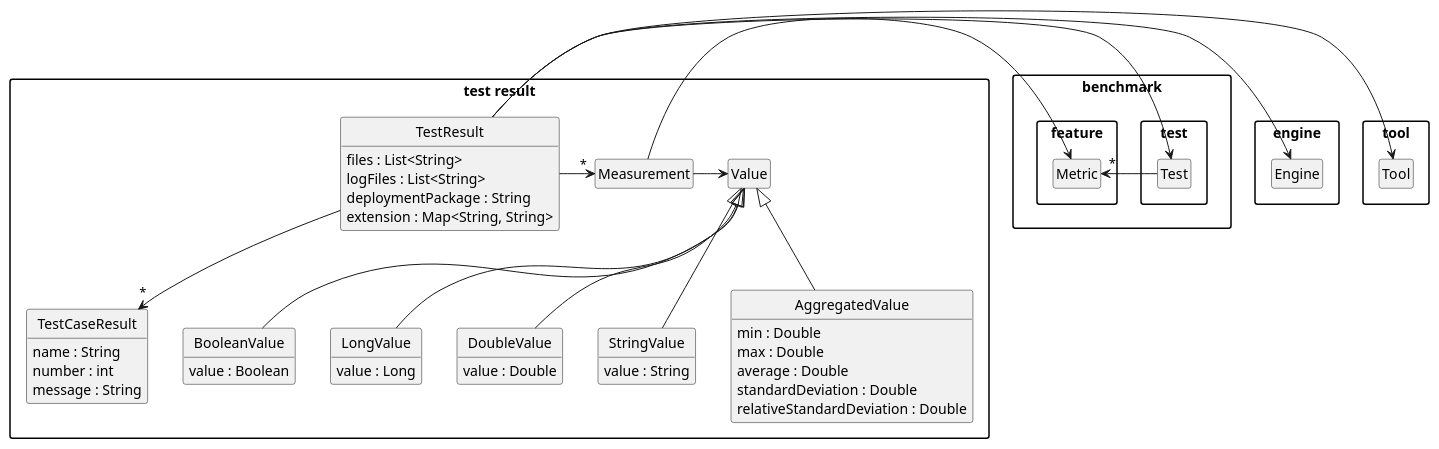
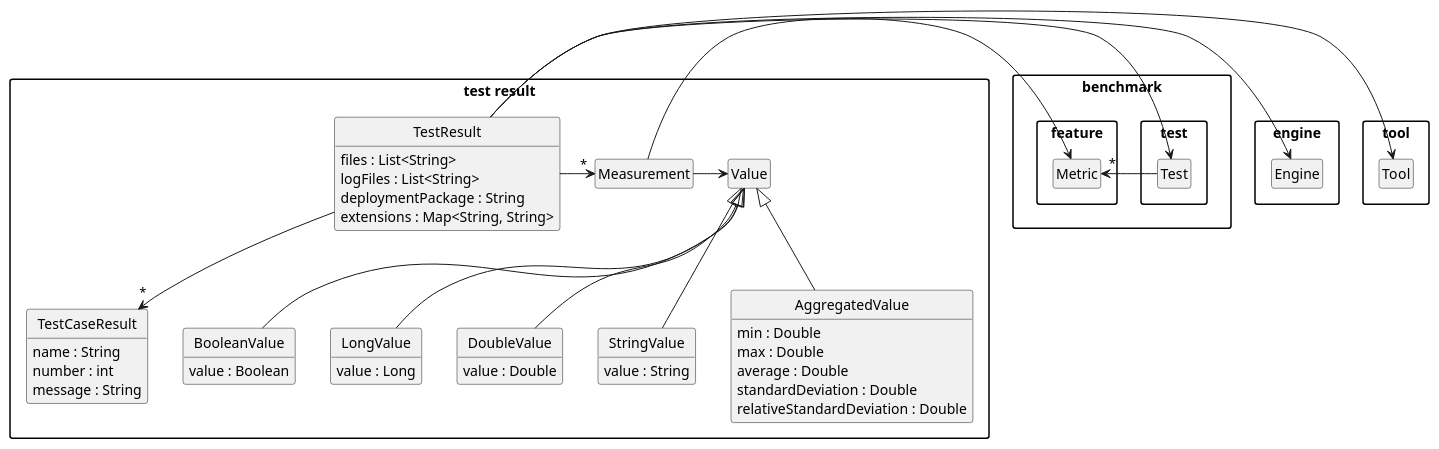
Before and after one commit to uniba-dsg/betsy: the diagram in pebl/doc/result-test-result.puml, drawn with PlantUML. The commit also changed 175 other files, not shown here.

```diff
--- a/pebl/doc/result-test-result.puml
+++ b/pebl/doc/result-test-result.puml
@@ -1,80 +1,80 @@
 @startuml
 
 package "benchmark" {
 
 package "test" {
    class Test
 }
 
 package "feature" {
   class Metric
 }
 }
 
 package "engine" {
 
 	class Engine
 
 }
 
 package "tool" {
 
 	class Tool
 }
 
 package "test result" {
 
 	class TestResult {
 	     files : List<String>
 	     logFiles : List<String>
 	     deploymentPackage : String
-		extension : Map<String, String>
+		extensions : Map<String, String>
 	}
 
 	class TestCaseResult {
 		name : String
 		number : int
 		message : String
 	}
 
 	class Measurement
 
 	class Value
 	class BooleanValue extends Value {
 	  value : Boolean
 	}
 	class LongValue extends Value {
 	  value : Long
 	}
 	class DoubleValue extends Value {
     	  value : Double
     	}
 	class StringValue extends Value {
 	value : String
 	}
 	class AggregatedValue extends Value {
 	min : Double
 	max : Double
 	average : Double
 	standardDeviation : Double
 	relativeStandardDeviation : Double
 	}
 }
 Measurement -> Value
 TestResult -->"*" TestCaseResult
 
 TestResult -> Test
 TestResult -> Engine
 TestResult -> Tool
 TestResult ->"*" Measurement
 Measurement -> Metric
 Test ->"*" Metric
 
 hide empty members
 hide empty methods
 hide circle
 
 skinparam monochrome true
 skinparam shadowing false
 skinparam packageStyle rect
 @enduml
```
